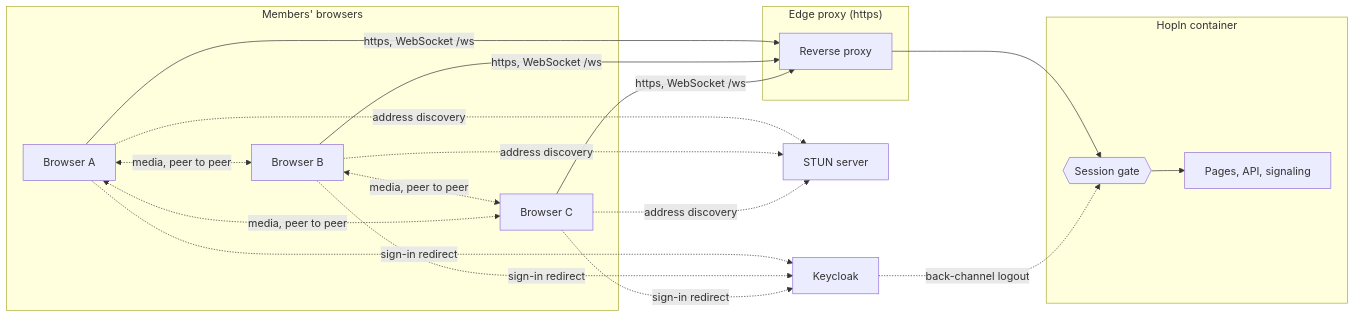
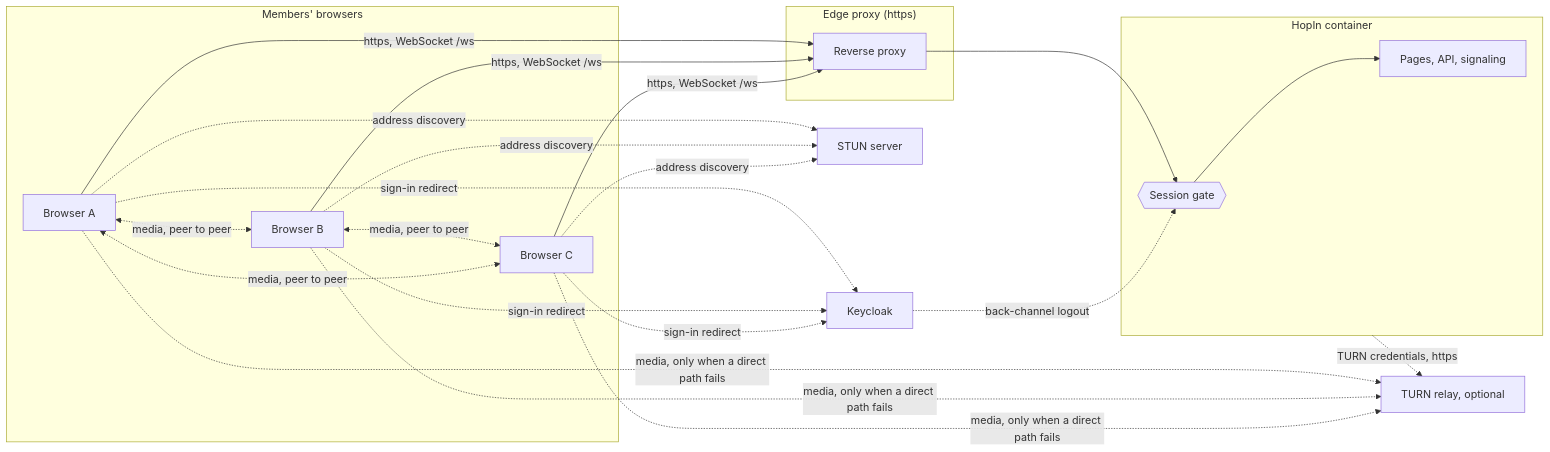
One commit to overnightworks/hopin changed the first of 2 diagrams in docs/ARCHITECTURE.md. Above: the diagram before and after it, drawn with Mermaid. The commit also changed other lines of this file and 17 other files, not shown here.

````diff
--- a/docs/ARCHITECTURE.md
+++ b/docs/ARCHITECTURE.md
@@ -9,22 +9,24 @@
 ```mermaid
 flowchart LR
     subgraph members["Members' browsers"]
         A[Browser A]
         B[Browser B]
         C[Browser C]
     end
     A <-. media, peer to peer .-> B
     B <-. media, peer to peer .-> C
     A <-. media, peer to peer .-> C
     subgraph edge["Edge proxy (https)"]
         P[Reverse proxy]
     end
     A & B & C -- "https, WebSocket /ws" --> P
     P --> G
     subgraph hopin["HopIn container"]
         G{{Session gate}} --> S[Pages, API, signaling]
     end
     A & B & C -. sign-in redirect .-> K[Keycloak]
     K -. back-channel logout .-> G
     A & B & C -. address discovery .-> T[STUN server]
+    A & B & C -. media, only when a direct path fails .-> R[TURN relay, optional]
+    hopin -. TURN credentials, https .-> R
 ```
````
